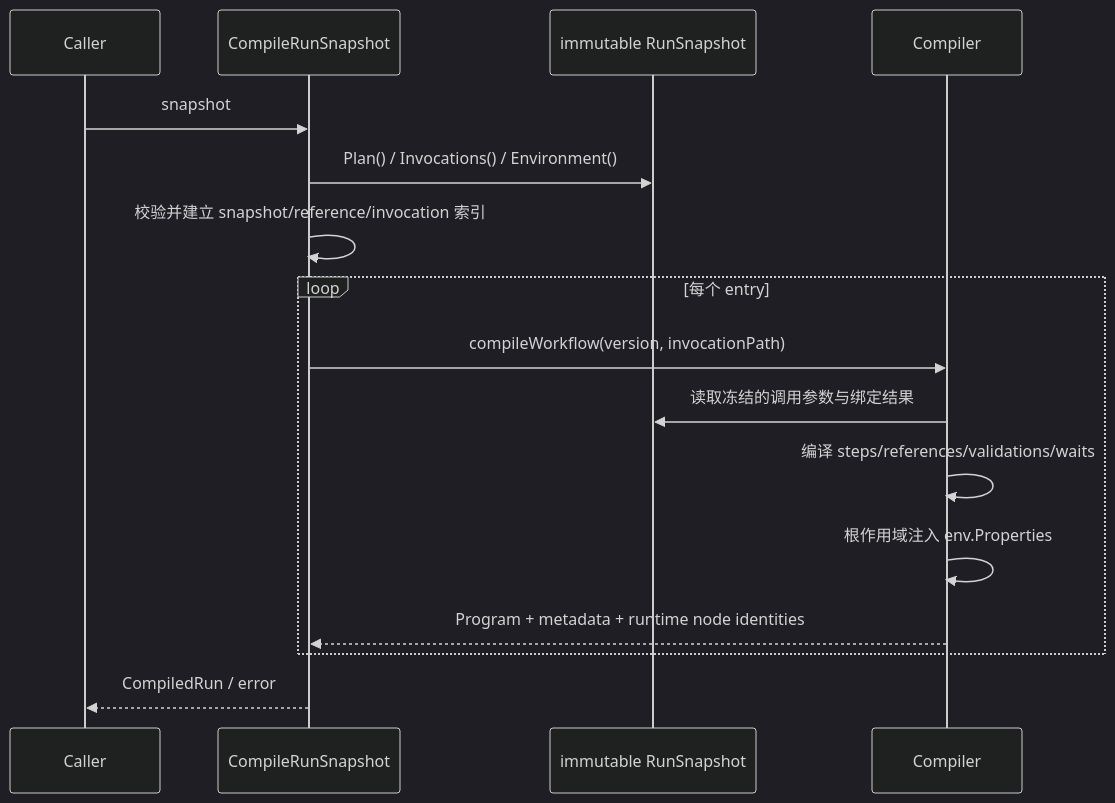
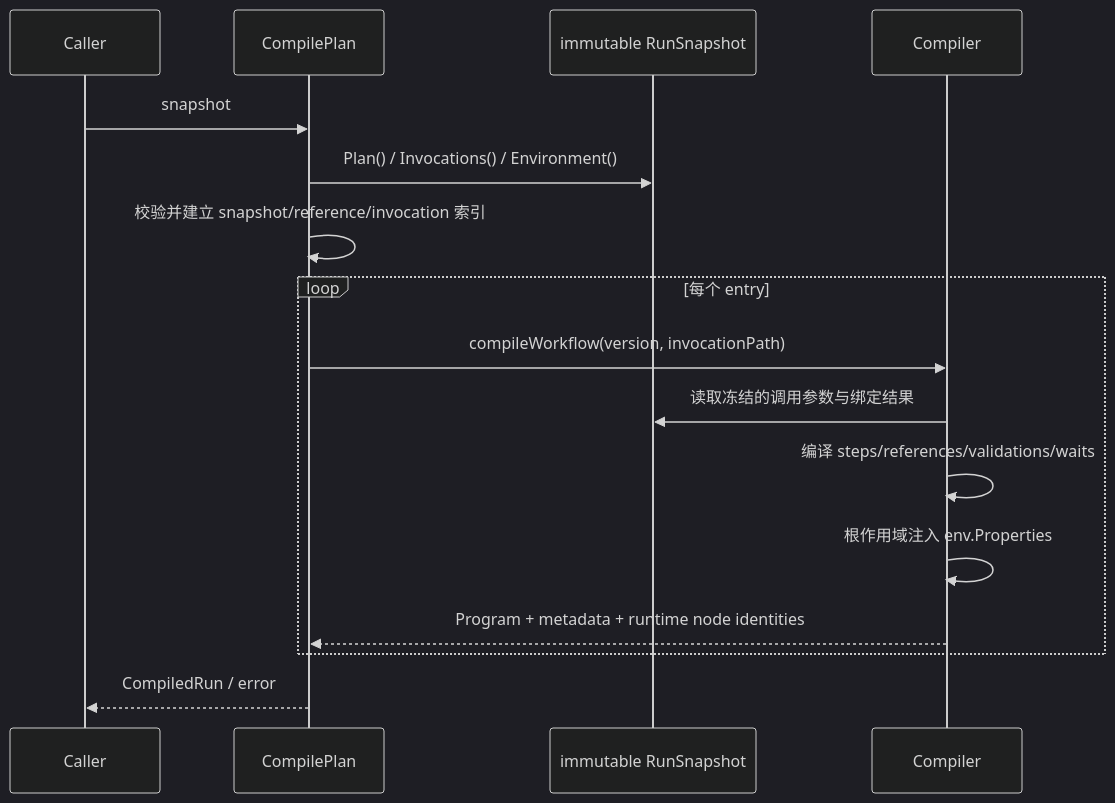
One commit to Capsule7446/healix-core changed the first of 2 diagrams in docs/application/engine/compile-plan.md. Above: the diagram before and after it, drawn with Mermaid (dark theme). The commit also changed other lines of this file and 119 other files, not shown here.

````diff
--- a/docs/application/engine/compile-plan.md
+++ b/docs/application/engine/compile-plan.md
@@ -40,18 +44,18 @@
 ```mermaid
 sequenceDiagram
     participant Caller
-    participant C as CompileRunSnapshot
+    participant C as CompilePlan
     participant S as immutable RunSnapshot
     participant Compiler
     Caller->>C: snapshot
     C->>S: Plan() / Invocations() / Environment()
     C->>C: 校验并建立 snapshot/reference/invocation 索引
     loop 每个 entry
       C->>Compiler: compileWorkflow(version, invocationPath)
       Compiler->>S: 读取冻结的调用参数与绑定结果
       Compiler->>Compiler: 编译 steps/references/validations/waits
       Compiler->>Compiler: 根作用域注入 env.Properties
       Compiler-->>C: Program + metadata + runtime node identities
     end
     C-->>Caller: CompiledRun / error
 ```
````
